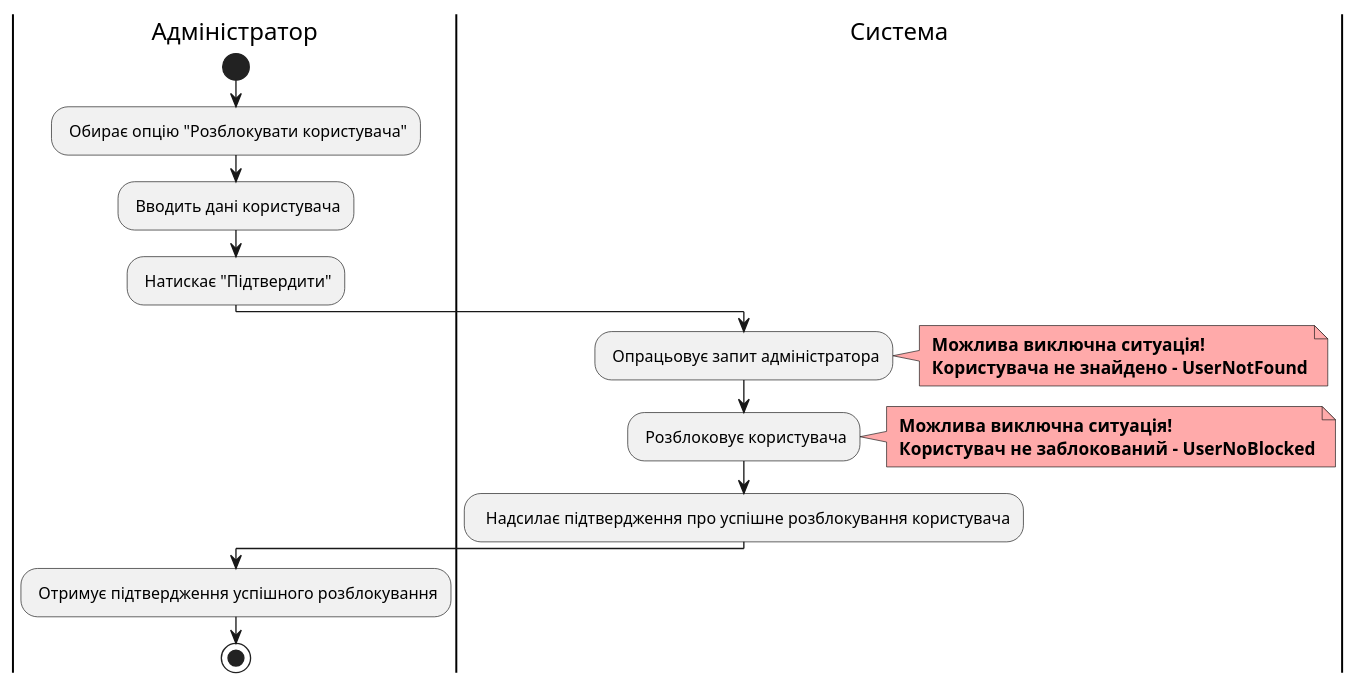
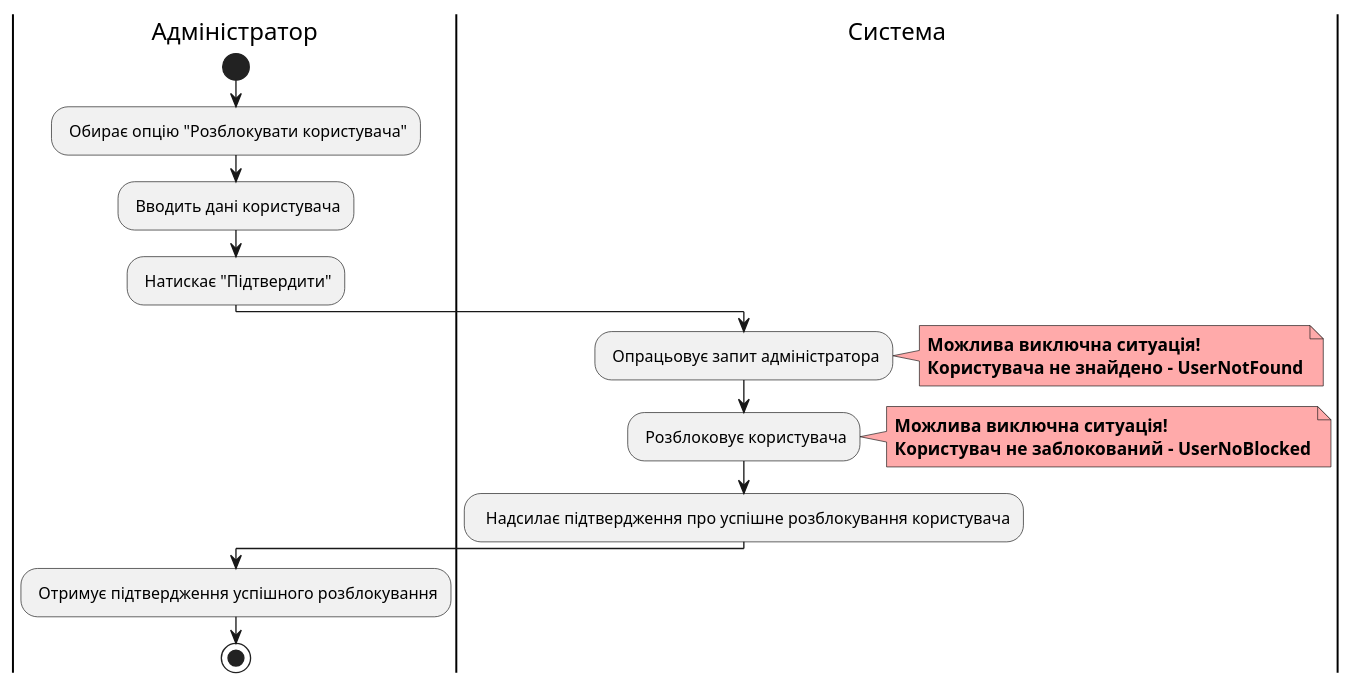
Diagram 16 of 19 in docs/use cases/README.md (watashone/db-labs), drawn with PlantUML before and after one commit. The commit also changed other lines of this file, not shown here.

````diff
--- a/docs/use cases/README.md
+++ b/docs/use cases/README.md
@@ -507,24 +519,24 @@
 ```plantuml
 @startuml
     |Адміністратор|
         start
         : Обирає опцію "Розблокувати користувача";
         : Вводить дані користувача;
         : Натискає "Підтвердити";
     |Система|
         : Опрацьовує запит адміністратора;
         note right #ffaaaa
-        <b> Можлива виключна ситуація!
-        <b> Користувача не знайдено - UserNotFound
+        <b>Можлива виключна ситуація!
+        <b>Користувача не знайдено - UserNotFound
         end note
         : Розблоковує користувача;
         note right #ffaaaa
-        <b> Можлива виключна ситуація!
-        <b> Користувач не заблокований - UserNoBlocked
+        <b>Можлива виключна ситуація!
+        <b>Користувач не заблокований - UserNoBlocked
         end note
         :  Надсилає підтвердження про успішне розблокування користувача;
     |Адміністратор|
         : Отримує підтвердження успішного розблокування;
         stop;
 @enduml 
 ```
````
